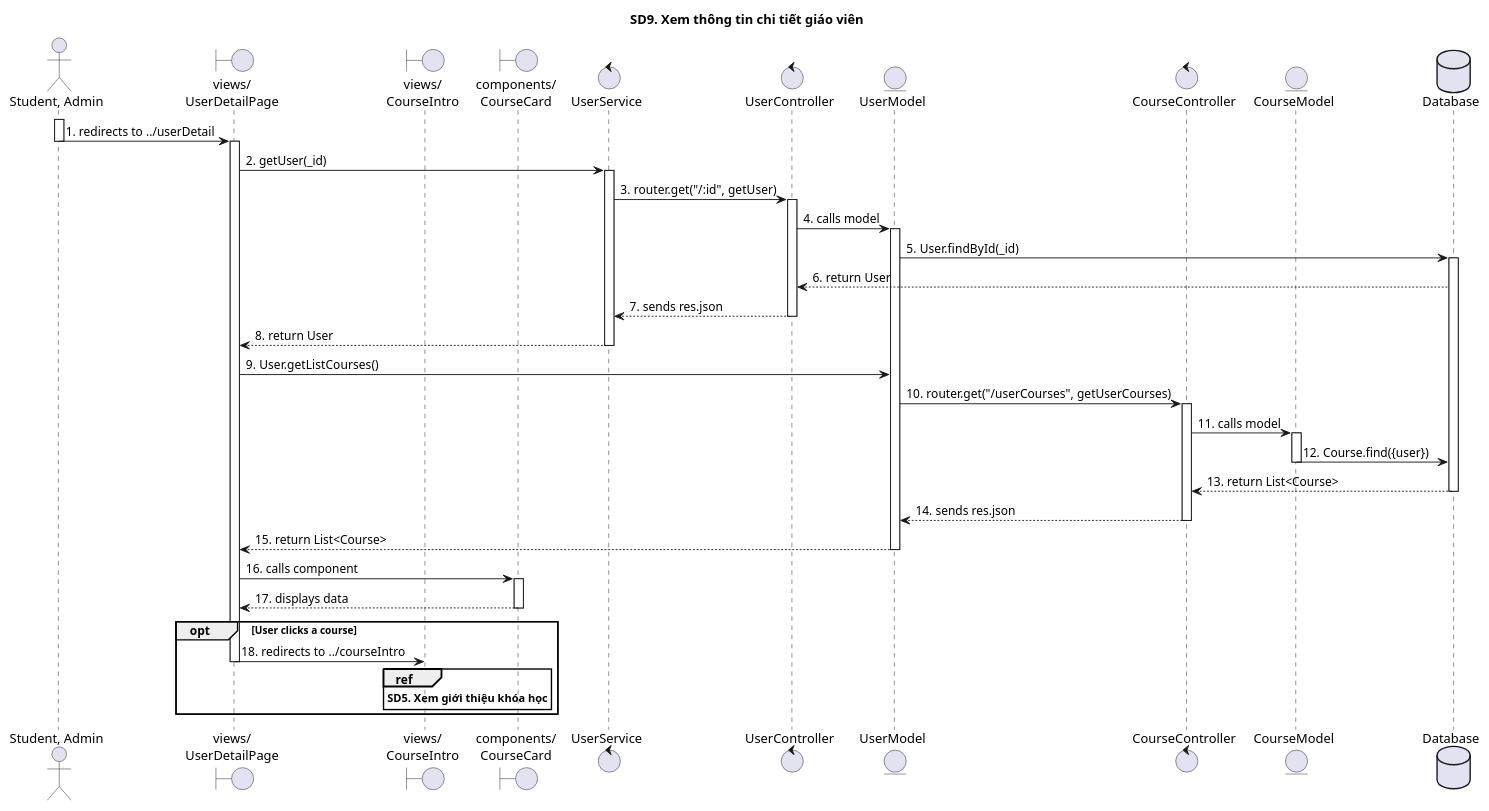
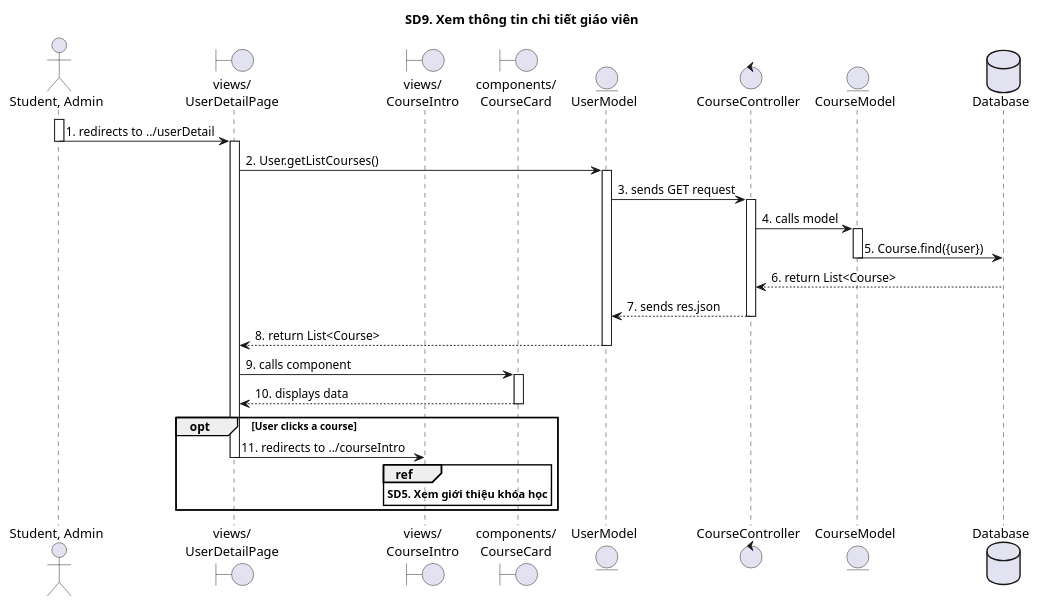
Before and after one commit to The-Cookies-Team/UML-Diagrams: the diagram in SequenceDiagrams/sd9.puml, drawn with PlantUML. The commit also changed 2 other files, not shown here.

```diff
--- a/SequenceDiagrams/sd9.puml
+++ b/SequenceDiagrams/sd9.puml
@@ -1,59 +1,45 @@
 @startuml
 
 title SD9. Xem thông tin chi tiết giáo viên
 
 actor "Student, Admin" as Actor
 boundary "views/\nUserDetailPage" as UserDetailPage
 boundary "views/\nCourseIntro" as CourseIntro
 boundary "components/\nCourseCard" as CourseCard
-control "UserService"
-control "UserController"
 entity "UserModel"
 control "CourseController"
 entity "CourseModel"
 database "Database" as Database
 
 activate Actor
 Actor -> UserDetailPage: 1. redirects to ../userDetail
 deactivate Actor
 activate UserDetailPage
-UserDetailPage -> UserService: 2. getUser(_id)
-activate UserService
-UserService -> UserController: 3. router.get("/:id", getUser)
-activate UserController
-UserController -> UserModel: 4. calls model
+UserDetailPage -> UserModel: 2. User.getListCourses()
 activate UserModel
-UserModel -> Database: 5. User.findById(_id)
-activate Database
-Database --> UserController: 6. return User
-UserController --> UserService: 7. sends res.json
-deactivate UserController
-UserService --> UserDetailPage: 8. return User
-deactivate UserService
-UserDetailPage -> UserModel: 9. User.getListCourses()
-UserModel -> CourseController: 10. router.get("/userCourses", getUserCourses)
+UserModel -> CourseController: 3. sends GET request
 activate CourseController
-CourseController -> CourseModel: 11. calls model
+CourseController -> CourseModel: 4. calls model
 activate CourseModel
-CourseModel -> Database: 12. Course.find({user})
+CourseModel -> Database: 5. Course.find({user})
 deactivate CourseModel
-Database --> CourseController: 13. return List<Course>
+Database --> CourseController: 6. return List<Course>
 deactivate Database
-CourseController --> UserModel: 14. sends res.json
+CourseController --> UserModel: 7. sends res.json
 deactivate CourseController
-UserModel --> UserDetailPage: 15. return List<Course>
+UserModel --> UserDetailPage: 8. return List<Course>
 deactivate UserModel
-UserDetailPage -> CourseCard: 16. calls component
+UserDetailPage -> CourseCard: 9. calls component
 activate CourseCard
-CourseCard --> UserDetailPage: 17. displays data
+CourseCard --> UserDetailPage: 10. displays data
 deactivate CourseCard
 
 opt User clicks a course
-UserDetailPage -> CourseIntro: 18. redirects to ../courseIntro
+UserDetailPage -> CourseIntro: 11. redirects to ../courseIntro
 deactivate UserDetailPage
 ref over CourseIntro
 **SD5. Xem giới thiệu khóa học**
 end ref
-end group
+end
 
 @enduml
```
